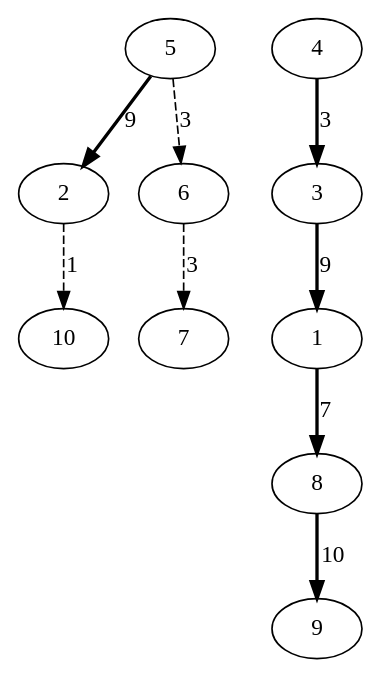
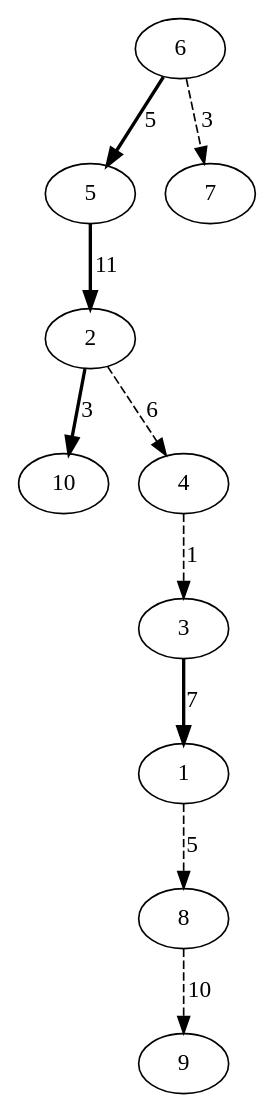
Before and after one commit to Musab1Blaser/DynamicTrees_NF: the diagram in combined_graph.dot, drawn with Graphviz. The commit also changed 3 other files, not shown here.

```diff
--- a/combined_graph.dot
+++ b/combined_graph.dot
@@ -1,20 +1,21 @@
 digraph G {
-5 -> 2 [style=bold, label=9];
-4 -> 3 [style=bold, label=3];
-3 -> 1 [style=bold, label=9];
-1 -> 8 [style=bold, label=7];
-8 -> 9 [style=bold, label=10];
-5 -> 6 [style=dashed, label=3];
+6 -> 5 [style=bold, label=5];
+5 -> 2 [style=bold, label=11];
+2 -> 10 [style=bold, label=3];
+3 -> 1 [style=bold, label=7];
+4 -> 3 [style=dashed, label=1];
+2 -> 4 [style=dashed, label=6];
 6 -> 7 [style=dashed, label=3];
-2 -> 10 [style=dashed, label=1];
+1 -> 8 [style=dashed, label=5];
+8 -> 9 [style=dashed, label=10];
 1; 
 2; 
 3; 
 4; 
 5; 
 6; 
 7; 
 8; 
 9; 
 10; 
 }
```
